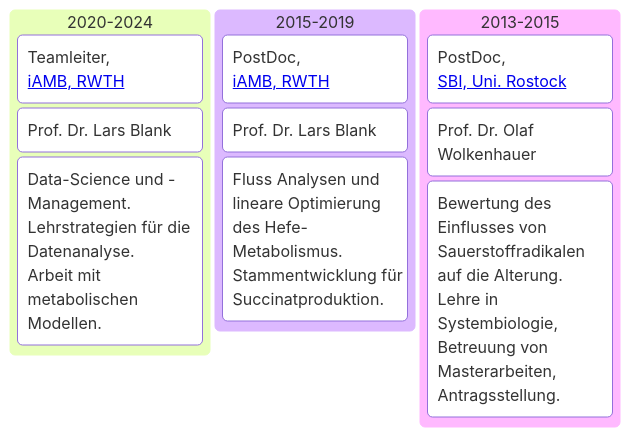
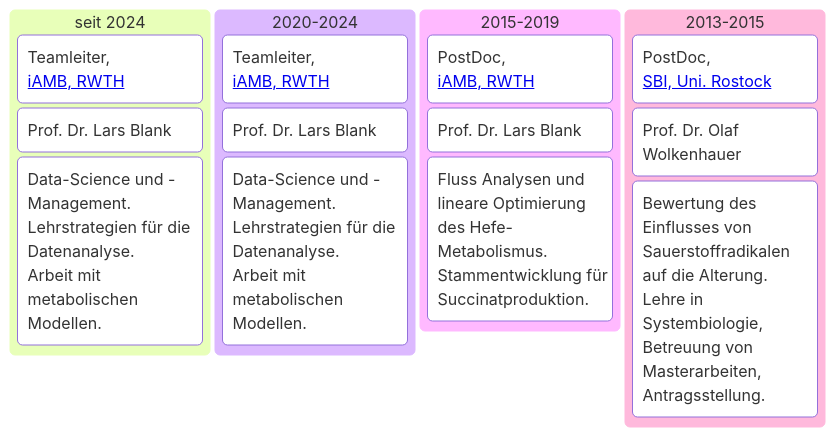
One commit to uliebal/uliebal.github.io changed the first of 2 diagrams in _pages/vita.md. Above: the diagram before and after it, drawn with Mermaid. The commit also changed 1 other file, not shown here.

Commit message:
vita positions

```diff
--- a/_pages/vita.md
+++ b/_pages/vita.md
@@ -116,15 +116,19 @@
 <pre class="mermaid">
 kanban
+    BIOTAIX["seit 2024"]
+        task1["Teamleiter,<br><a href="https://www.iamb.rwth-aachen.de/">iAMB, RWTH</a>"]
+        task2["Prof. Dr. Lars Blank"]
+        task3["Data-Science und -Management.<br>Lehrstrategien für die Datenanalyse.<br>Arbeit mit metabolischen Modellen."]
     RWTH2["2020-2024"]
         task1["Teamleiter,<br><a href="https://www.iamb.rwth-aachen.de/">iAMB, RWTH</a>"]
         task2["Prof. Dr. Lars Blank"]
         task3["Data-Science und -Management.<br>Lehrstrategien für die Datenanalyse.<br>Arbeit mit metabolischen Modellen."]
     RWTH1["2015-2019"]
         task1["PostDoc,<br><a href="https://www.iamb.rwth-aachen.de/">iAMB, RWTH</a>"]
         task2["Prof. Dr. Lars Blank"]
         task3["Fluss Analysen und lineare Optimierung des Hefe-Metabolismus.<br>Stammentwicklung für Succinatproduktion."]
     SBI2["2013-2015"]
         task1["PostDoc,<br><a href="https://www.sbi.uni-rostock.de/">SBI, Uni. Rostock</a>"]
         task2["Prof. Dr. Olaf Wolkenhauer"]
         task3["Bewertung des Einflusses von Sauerstoffradikalen auf die Alterung.<br>Lehre in Systembiologie, Betreuung von Masterarbeiten, Antragsstellung."]
 </pre>
```
